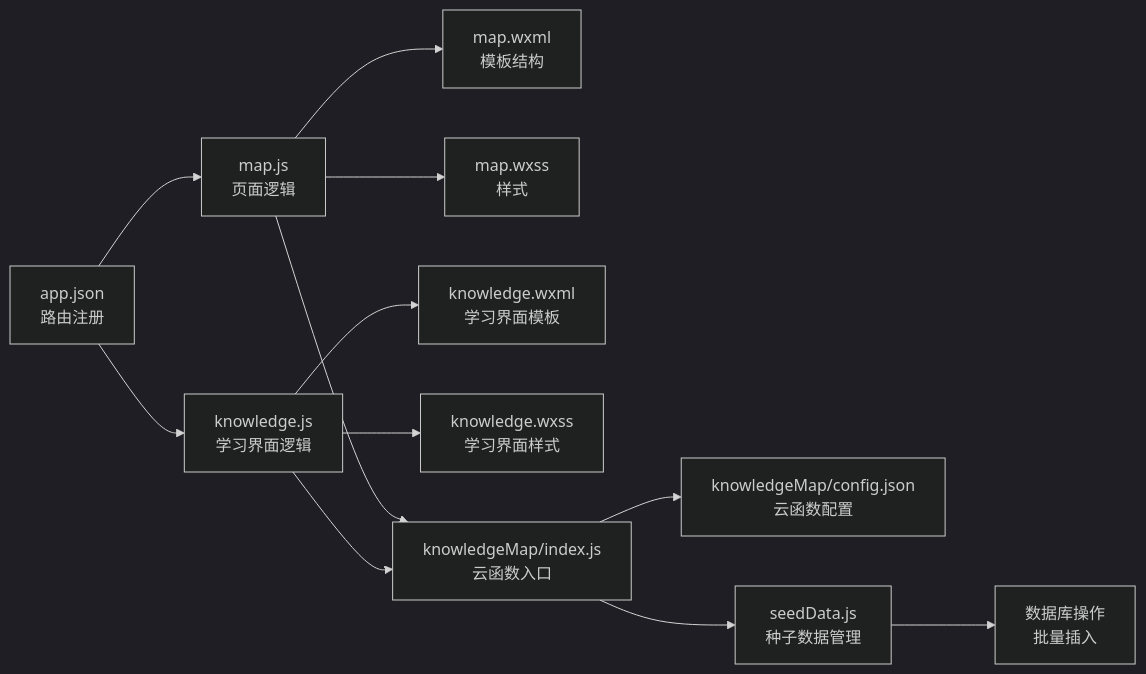
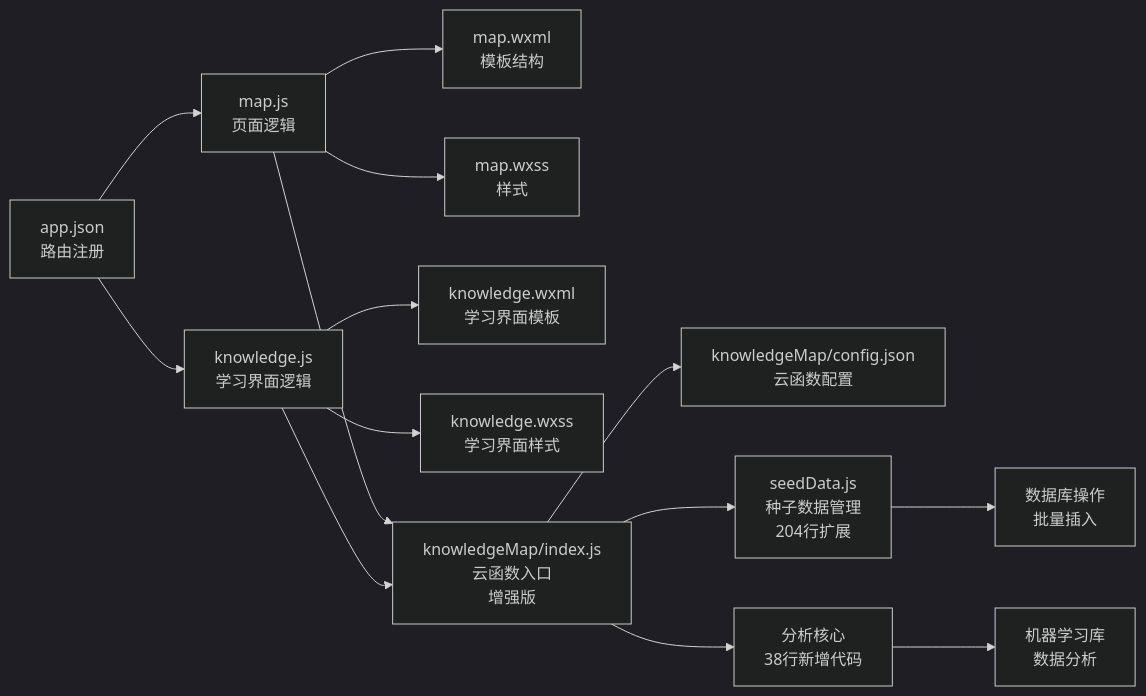
One commit to cwb7756/bio changed the fifth of 5 diagrams in .qoder/repowiki/zh/content/核心功能模块/知识图谱系统/知识图谱系统.md. Above: the diagram before and after it, drawn with Mermaid (dark theme). The commit also changed other lines of this file and 19 other files, not shown here.

````diff
--- a/.qoder/repowiki/zh/content/核心功能模块/知识图谱系统/知识图谱系统.md
+++ b/.qoder/repowiki/zh/content/核心功能模块/知识图谱系统/知识图谱系统.md
@@ -394,14 +470,16 @@
 ```mermaid
 graph LR
 APP_JSON["app.json<br/>路由注册"] --> MAP_JS["map.js<br/>页面逻辑"]
 APP_JSON --> KNOWLEDGE_JS["knowledge.js<br/>学习界面逻辑"]
 MAP_JS --> MAP_WXML["map.wxml<br/>模板结构"]
 MAP_JS --> MAP_WXSS["map.wxss<br/>样式"]
 KNOWLEDGE_JS --> KNOWLEDGE_WXML["knowledge.wxml<br/>学习界面模板"]
 KNOWLEDGE_JS --> KNOWLEDGE_WXSS["knowledge.wxss<br/>学习界面样式"]
-MAP_JS --> KM_INDEX["knowledgeMap/index.js<br/>云函数入口"]
+MAP_JS --> KM_INDEX["knowledgeMap/index.js<br/>云函数入口<br/>增强版"]
 KNOWLEDGE_JS --> KM_INDEX
 KM_INDEX --> KM_CONFIG["knowledgeMap/config.json<br/>云函数配置"]
-KM_INDEX --> SEED_DATA["seedData.js<br/>种子数据管理"]
+KM_INDEX --> SEED_DATA["seedData.js<br/>种子数据管理<br/>204行扩展"]
+KM_INDEX --> ANALYSIS_CORE["分析核心<br/>38行新增代码"]
 SEED_DATA --> DB_OPERATIONS["数据库操作<br/>批量插入"]
+ANALYSIS_CORE --> ML_LIBS["机器学习库<br/>数据分析"]
 ```
````
